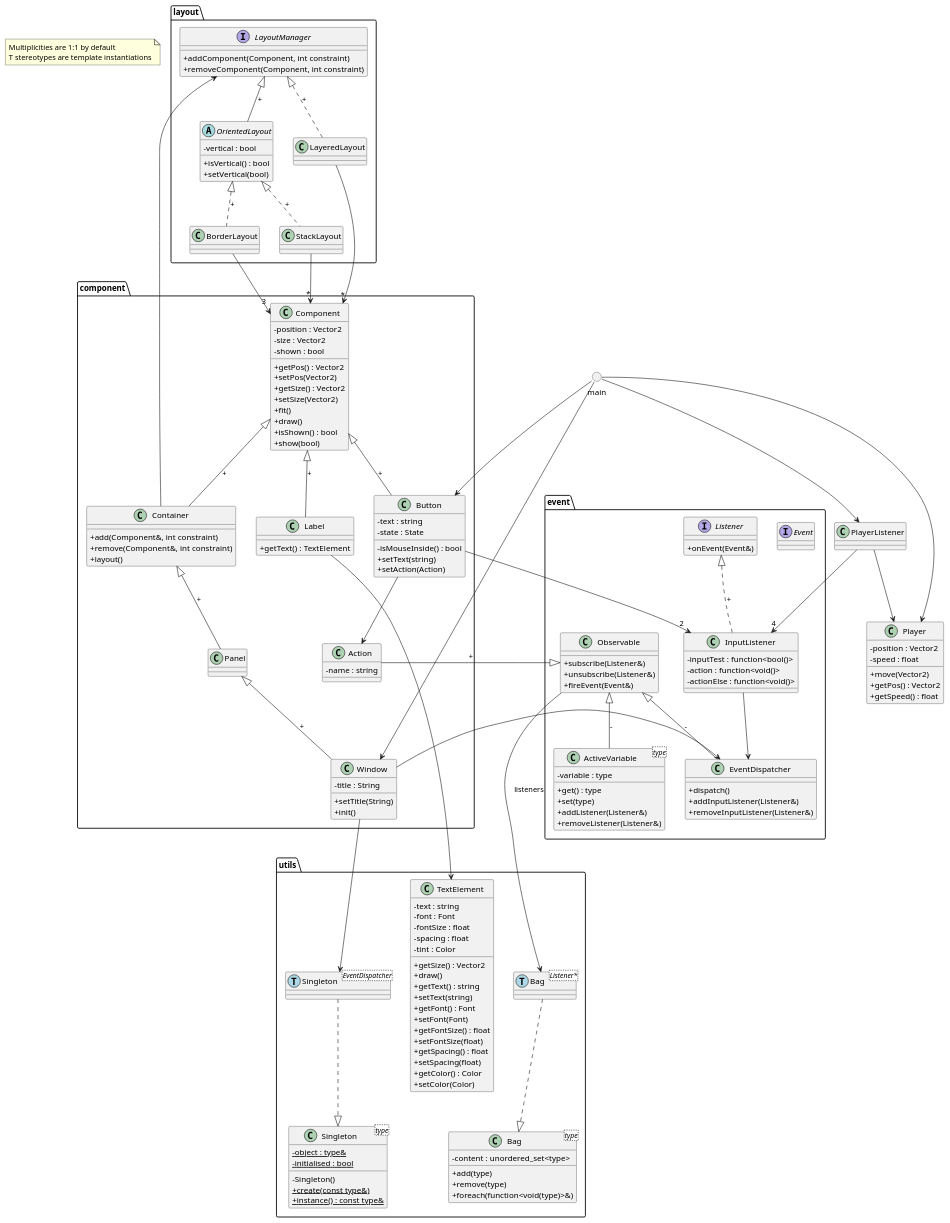
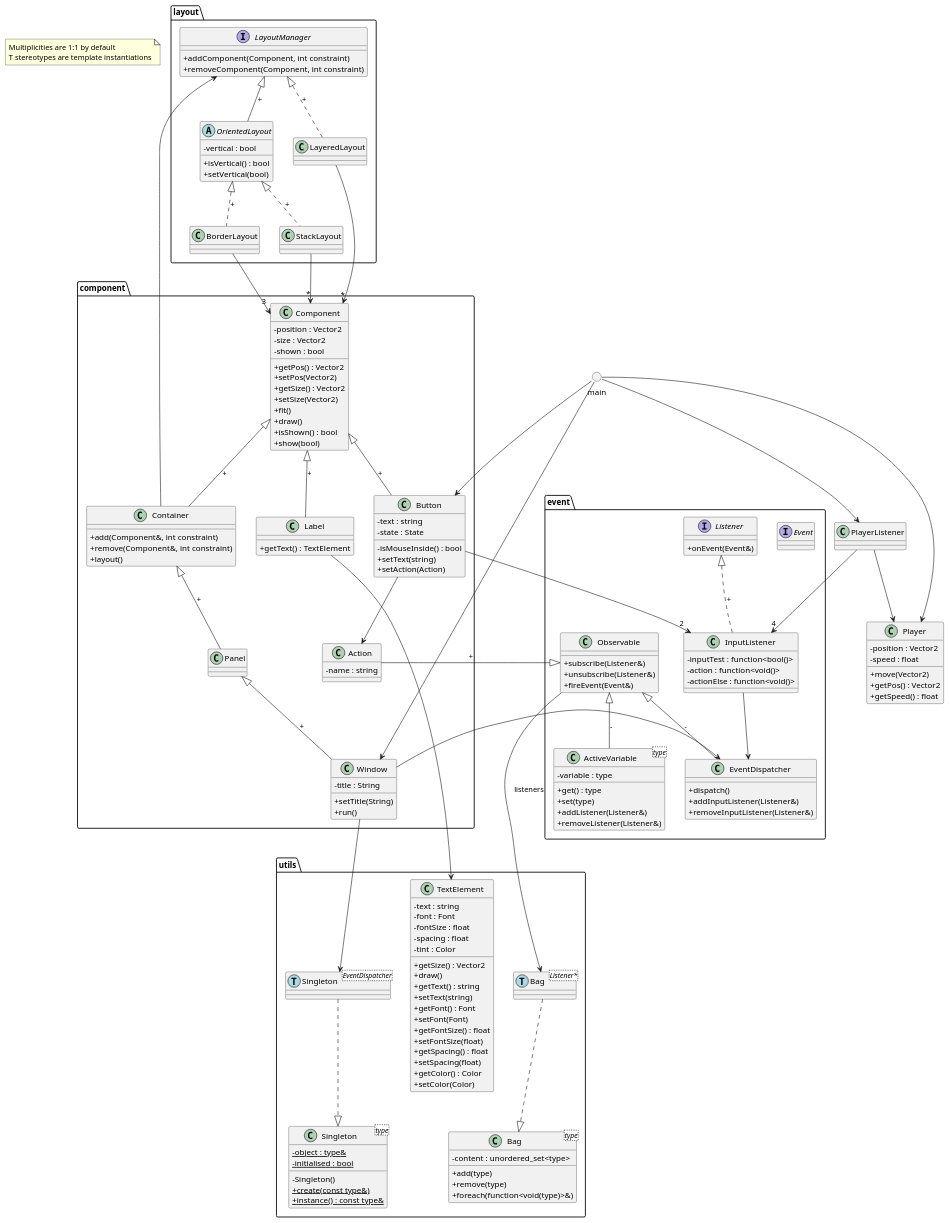
The diagram in project.puml (julesdupuis/CPP-UI-toolkit), drawn with PlantUML before and after one commit. The commit also changed 3 other files, not shown here.

Commit message:
renamed Window::init() into Window::run()

```diff
--- a/project.puml
+++ b/project.puml
@@ -1,197 +1,197 @@
 @startuml project
 
 skinparam classAttributeIconSize 0
 
 note as mainNote
     Multiplicities are 1:1 by default
     T stereotypes are template instantiations
 end note
 
 () main
 class Player{
     -position : Vector2
     -speed : float
     +move(Vector2)
     +getPos() : Vector2
     +getSpeed() : float
 }
 class PlayerListener{
 
 }
 
 main --> Player
 main --> PlayerListener
 
 package utils{
     class Bag<type>{
         -content : unordered_set<type>
         +add(type)
         +remove(type)
         +foreach(function<void(type)>&)
     }
     class "Bag<Listener*>" as BagListener <<(T,LightBlue)>>
 
     class Singleton<type>{
         {static} -object : type&
         {static} -initialised : bool
         -Singleton()
         {static} +create(const type&)
         {static} +instance() : const type&
     }
     class "Singleton<EventDispatcher>" as SingletonEventDispatcher <<(T,LightBlue)>>
 
     class TextElement{
         -text : string
         -font : Font
         -fontSize : float
         -spacing : float
         -tint : Color
         +getSize() : Vector2
         +draw()
         +getText() : string
         +setText(string)
         +getFont() : Font
         +setFont(Font)
         +getFontSize() : float
         +setFontSize(float)
         +getSpacing() : float
         +setSpacing(float)
         +getColor() : Color
         +setColor(Color)
     }
 }
 
 BagListener ..|> Bag
 SingletonEventDispatcher ..|> Singleton
 
 package event{
     interface Event
     interface Listener{
         +onEvent(Event&)
     }
     class Observable{
         +subscribe(Listener&)
         +unsubscribe(Listener&)
         +fireEvent(Event&)
     }
     class InputListener{
         {field} -inputTest : function<bool()>
         {field} -action : function<void()>
         {field} -actionElse : function<void()>
     }
     class EventDispatcher{
         +dispatch()
         +addInputListener(Listener&)
         +removeInputListener(Listener&)
     }
     class ActiveVariable<type>{
         -variable : type
         +get() : type
         +set(type)
         +addListener(Listener&)
         +removeListener(Listener&)
     }
 }
 
 Listener <|.. InputListener : +
 Observable <|-- EventDispatcher : -
 Observable <|-- ActiveVariable : -
 Observable --> BagListener : listeners
 
 InputListener --> EventDispatcher
 
 package component{
     class Component{
         -position : Vector2
         -size : Vector2
         -shown : bool
         +getPos() : Vector2
         +setPos(Vector2)
         +getSize() : Vector2
         +setSize(Vector2)
         +fit()
         +draw()
         +isShown() : bool
         +show(bool)
     }
     class Button{
         -text : string
         -state : State
         -isMouseInside() : bool
         +setText(string)
         +setAction(Action)
     }
     class Action{
         -name : string
     }
     class Container{
         +add(Component&, int constraint)
         +remove(Component&, int constraint)
         +layout()
     }
     class Panel{
 
     }
     class Window{
         -title : String
         +setTitle(String)
-        +init()
+        +run()
     }
     class Label{
         +getText() : TextElement
     }
 }
 
 Component <|-- Button : +
 Observable <|-- Action : +
 Component <|-- Container : +
 Container <|-- Panel : +
 Panel <|-- Window : +
 Component <|-- Label : +
 
 Button --> Action
 Button --> "2" InputListener
 
 Window --> EventDispatcher
 Window --> SingletonEventDispatcher
 
 Label --> TextElement
 
 package layout{
     interface LayoutManager{
         +addComponent(Component, int constraint)
         +removeComponent(Component, int constraint)
     }
     abstract class OrientedLayout{
         -vertical : bool
         +isVertical() : bool
         +setVertical(bool)
     }
     class BorderLayout{
 
     }
     class StackLayout{
 
     }
     class LayeredLayout{
 
     }
 }
 
 LayoutManager <|-- OrientedLayout : +
 OrientedLayout <|.. BorderLayout : +
 OrientedLayout <|.. StackLayout : +
 LayoutManager <|.. LayeredLayout : +
 
 Container --> LayoutManager
 BorderLayout --> "3" Component
 StackLayout --> "*" Component
 LayeredLayout --> "*" Component
 
 PlayerListener --> "4" InputListener
 PlayerListener --> Player
 
 main --> Window
 main --> Button
 
 @enduml
```
